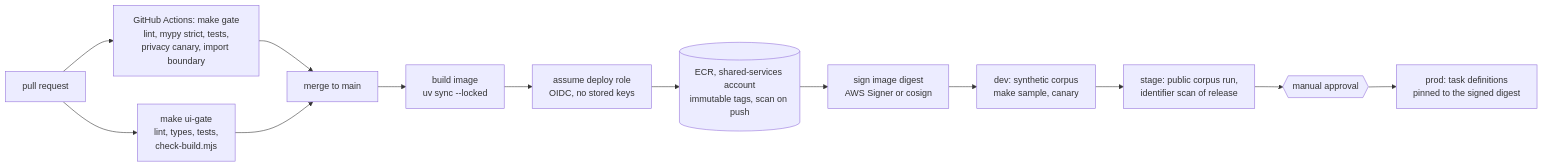
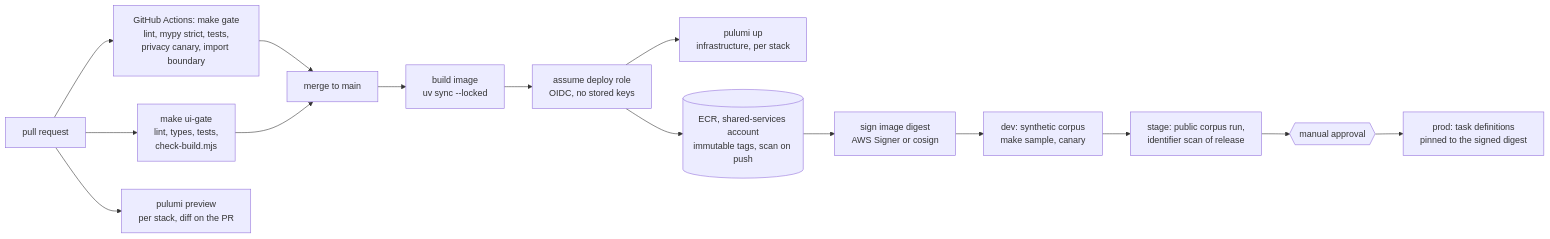
The second of 4 diagrams in docs/deployment-aws.md (marcusvieira88/network-science), drawn with Mermaid before and after one commit. The commit also changed other lines of this file and 2 other files, not shown here.

First line of the commit message:
Docs: write the AWS infrastructure as code with Pulumi in Python

````diff
--- a/docs/deployment-aws.md
+++ b/docs/deployment-aws.md
@@ -269,14 +270,16 @@
 ```mermaid
 flowchart LR
     PR["pull request"] --> G["GitHub Actions: make gate<br/>lint, mypy strict, tests,<br/>privacy canary, import boundary"]
     PR --> UG["make ui-gate<br/>lint, types, tests,<br/>check-build.mjs"]
     G & UG --> M["merge to main"]
     M --> B["build image<br/>uv sync --locked"]
+    PR --> PV["pulumi preview<br/>per stack, diff on the PR"]
     B --> O["assume deploy role<br/>OIDC, no stored keys"]
+    O --> PU["pulumi up<br/>infrastructure, per stack"]
     O --> E[("ECR, shared-services account<br/>immutable tags, scan on push")]
     E --> S["sign image digest<br/>AWS Signer or cosign"]
     S --> D["dev: synthetic corpus<br/>make sample, canary"]
     D --> ST["stage: public corpus run,<br/>identifier scan of release"]
     ST --> AP{{"manual approval"}}
     AP --> P["prod: task definitions<br/>pinned to the signed digest"]
 ```
````
